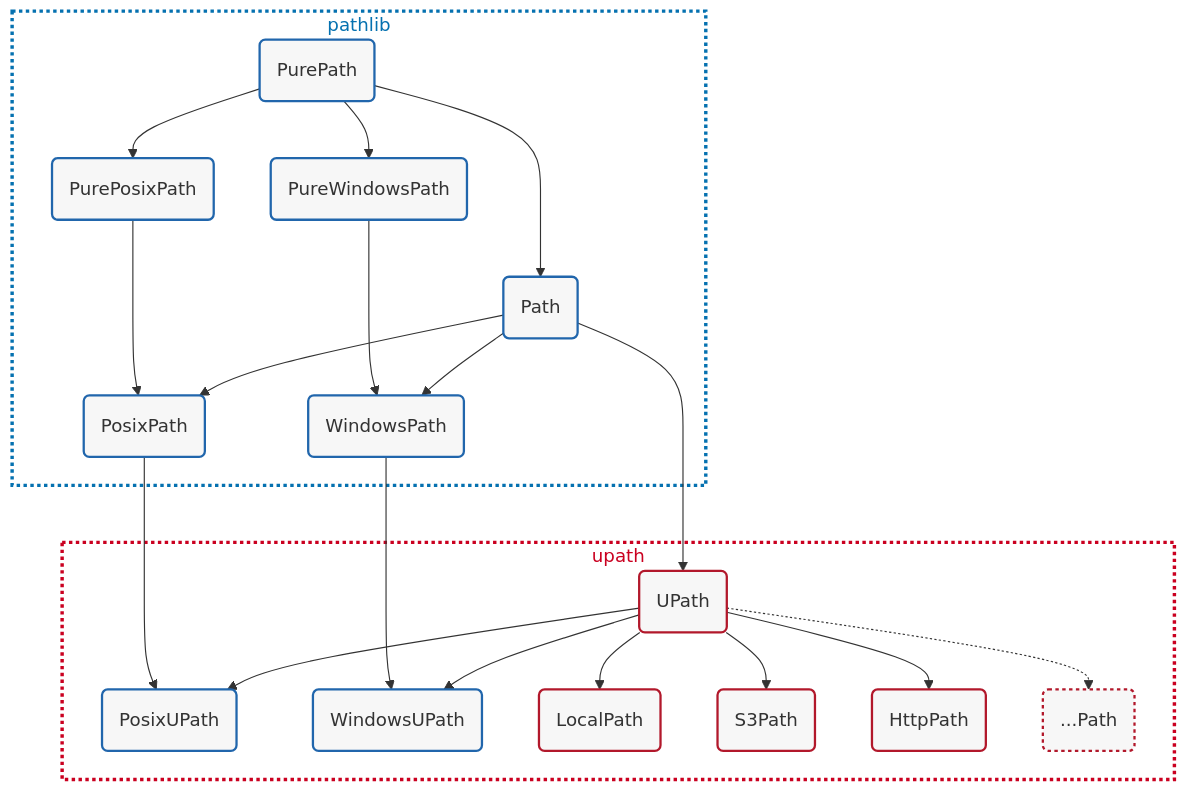
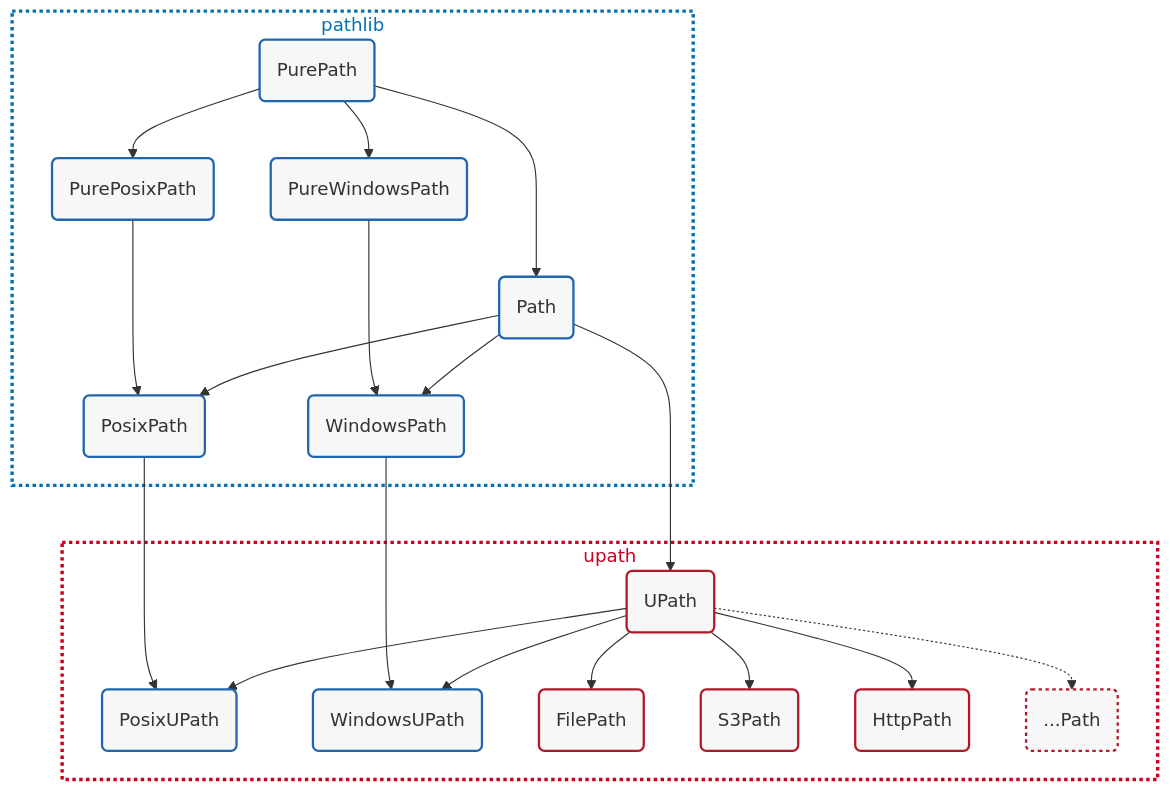
The diagram in README.md (fsspec/universal_pathlib), drawn with Mermaid before and after one commit. The commit also changed other lines of this file and 27 other files, not shown here.

````diff
--- a/README.md
+++ b/README.md
@@ -68,50 +68,50 @@
 ```mermaid
 flowchart TB
   subgraph s0[pathlib]
     A---> B
     A--> AP
     A--> AW
 
     B--> BP
     AP---> BP
     B--> BW
     AW---> BW
   end
   subgraph s1[upath]
     B ---> U
     U --> UP
     U --> UW
     BP --> UP
     BW --> UW
     U --> UL
     U --> US3
     U --> UH
     U -.-> UO
   end
 
   A(PurePath)
   AP(PurePosixPath)
   AW(PureWindowsPath)
   B(Path)
   BP(PosixPath)
   BW(WindowsPath)
 
   U(UPath)
   UP(PosixUPath)
   UW(WindowsUPath)
-  UL(LocalPath)
+  UL(FilePath)
   US3(S3Path)
   UH(HttpPath)
   UO(...Path)
 
   classDef np fill:#f7f7f7,stroke:#2166ac,stroke-width:2px,color:#333
   classDef nu fill:#f7f7f7,stroke:#b2182b,stroke-width:2px,color:#333
 
   class A,AP,AW,B,BP,BW,UP,UW np
   class U,UL,US3,UH,UO nu
 
   style UO stroke-dasharray: 3 3
 
   style s0 fill:none,stroke:#0571b0,stroke-width:3px,stroke-dasharray: 3 3,color:#0571b0
   style s1 fill:none,stroke:#ca0020,stroke-width:3px,stroke-dasharray: 3 3,color:#ca0020
 ```
````
